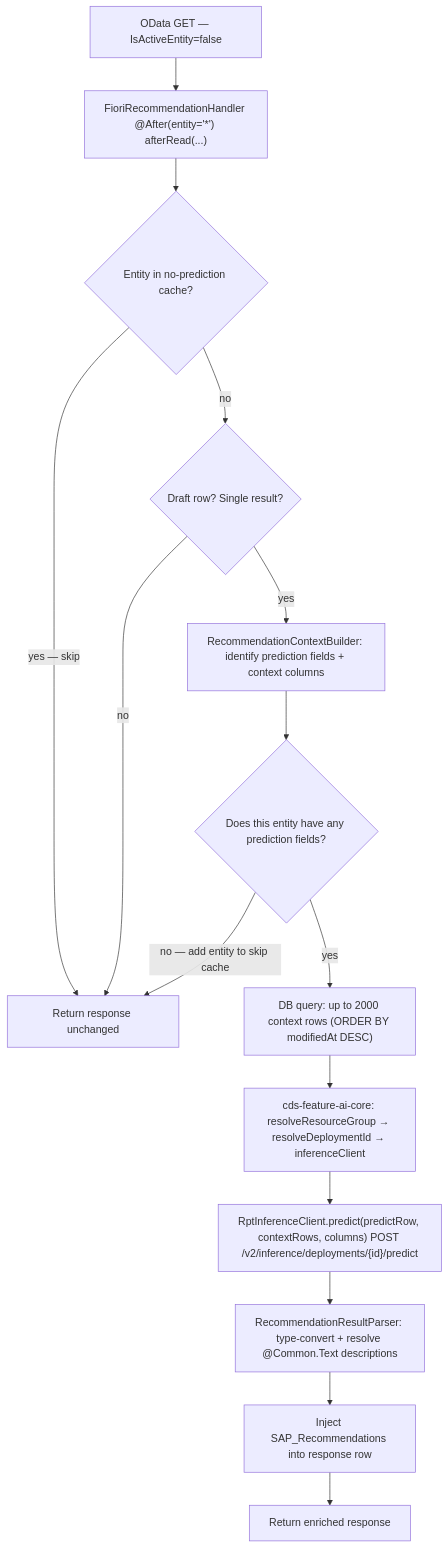
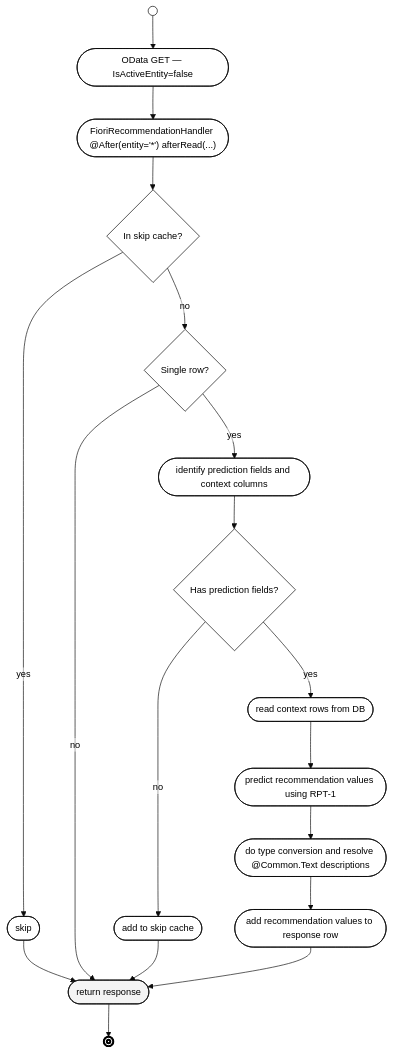
The first of 2 diagrams in cds-feature-recommendations/docs/architecture.md (cap-java/cds-ai), drawn with Mermaid before and after one commit. The commit also changed other lines of this file and 1 other file, not shown here.

````diff
--- a/cds-feature-recommendations/docs/architecture.md
+++ b/cds-feature-recommendations/docs/architecture.md
@@ -88,17 +93,28 @@
 ```mermaid
+%%{init: {'theme': 'base', 'themeVariables': {'edgeLabelBackground': '#ffffff00', 'fontSize': '14px', 'primaryColor': '#fff', 'primaryBorderColor': '#000', 'primaryTextColor': '#000'}}}%%
 flowchart TD
-    A["OData GET — IsActiveEntity=false"] --> B["FioriRecommendationHandler @After(entity='*') afterRead(...)"]
-    B --> C{Entity in no-prediction cache?}
-    C -->|yes — skip| Z["Return response unchanged"]
-    C -->|no| D{Draft row? Single result?}
-    D -->|no| Z
-    D -->|yes| E["RecommendationContextBuilder: identify prediction fields + context columns"]
-    E --> F{Does this entity have any prediction fields?}
-    F -->|no — add entity to skip cache| Z
-    F -->|yes| G["DB query: up to 2000 context rows (ORDER BY modifiedAt DESC)"]
-    G --> H["cds-feature-ai-core: resolveResourceGroup → resolveDeploymentId → inferenceClient"]
-    H --> I["RptInferenceClient.predict(predictRow, contextRows, columns) POST /v2/inference/deployments/{id}/predict"]
-    I --> J["RecommendationResultParser: type-convert + resolve @Common.Text descriptions"]
-    J --> K["Inject SAP_Recommendations into response row"]
-    K --> L["Return enriched response"]
+    classDef process fill:#fff,stroke:#000,color:#000
+    classDef skip    fill:#f4f4f4,stroke:#000,color:#000
+
+    START@{ shape: sm-circ, label: "Small start" } --> A(["OData GET — IsActiveEntity=false"]):::process
+    A --> B(["FioriRecommendationHandler @After(entity='*') afterRead(...)"]):::process
+    B --> C{In skip cache?}
+    C -->|yes| C1(["skip"]):::process
+    C1 --> L(["return response"]):::skip
+    C -->|no| D{Single row?}
+    D -->|no| L
+    D -->|yes| E(["identify prediction fields and context columns"]):::process
+    E --> F{Has prediction fields?}
+    F -->|no| F1(["add to skip cache"]):::process
+    F1 --> L
+    F -->|yes| G(["read context rows from DB"]):::process
+    G --> I(["predict recommendation values using RPT-1"]):::process
+    I --> J(["do type conversion and resolve @Common.Text descriptions"]):::process
+    J --> K(["add recommendation values to response row"]):::process
+    K --> L
+    L --> END1@{ shape: framed-circle, label: "Stop" }
+
+    style START fill:#000,stroke:#000,color:#000
+    style END1  fill:#fff,stroke:#000,stroke-width:3px,color:#000
+
 ```
````
